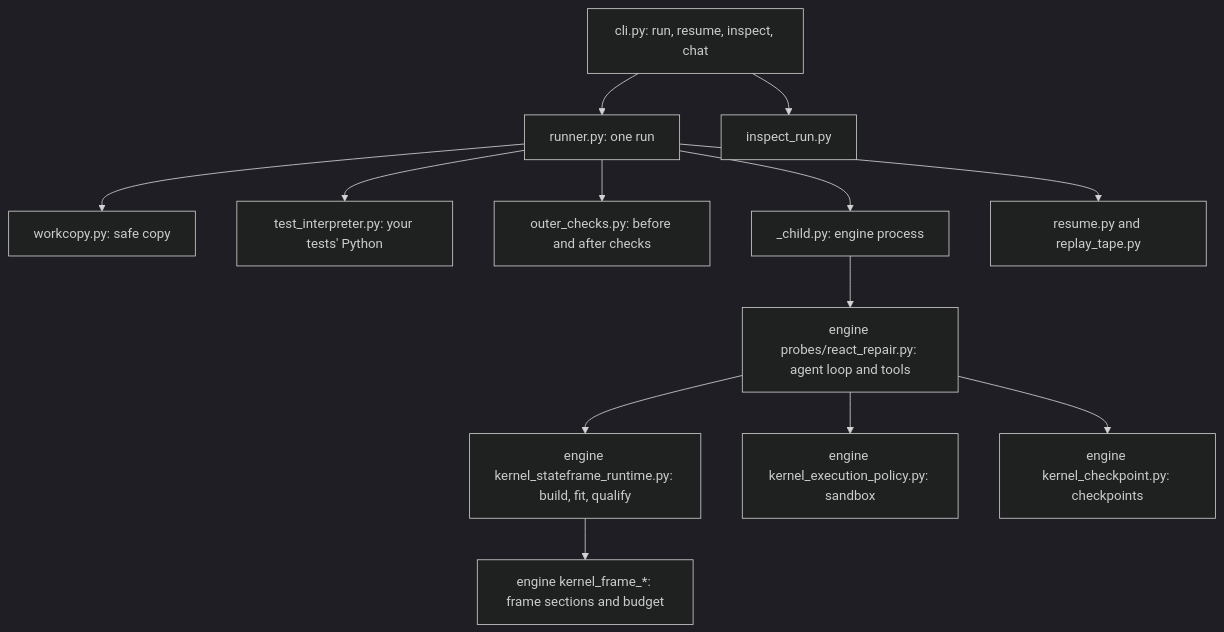
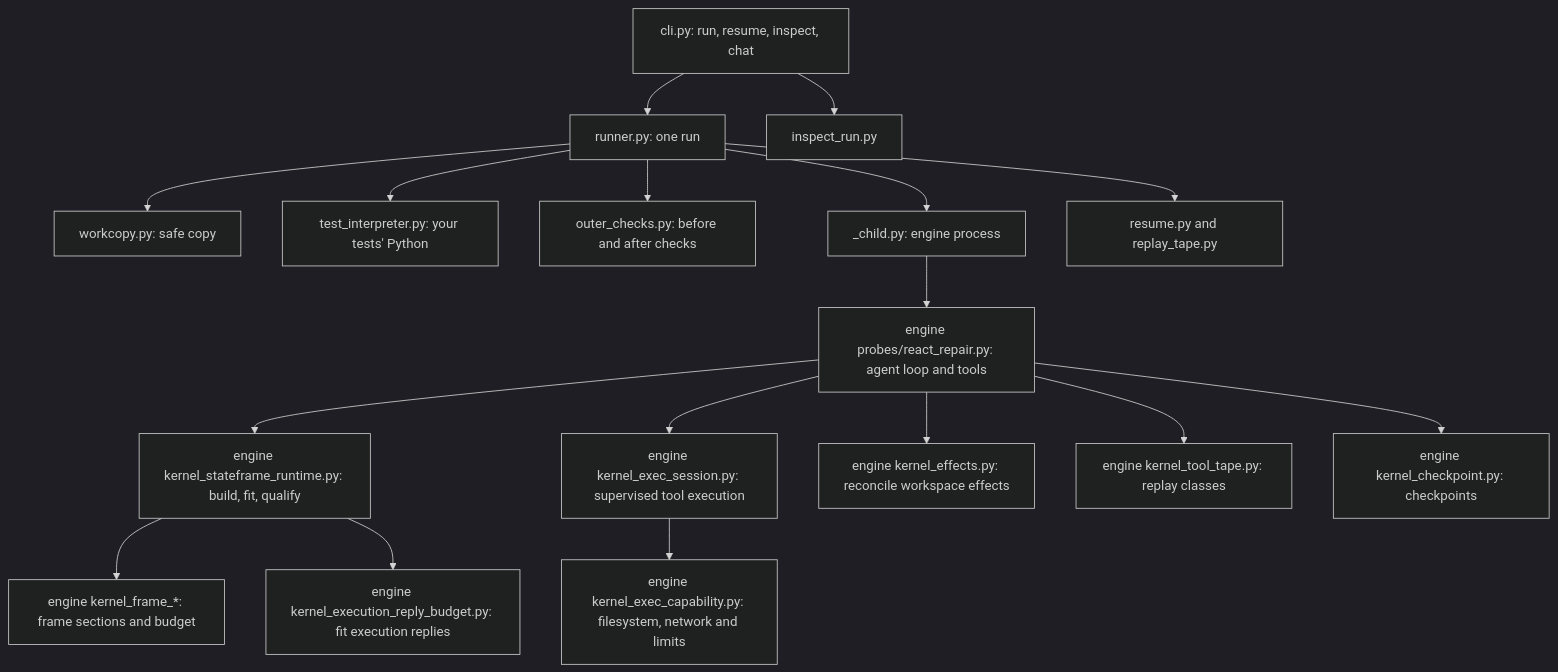
Before and after one commit to FarsideResearch/StateFrame: the sixth of 6 diagrams in ARCHITECTURE.md, drawn with Mermaid (dark theme). The commit also changed other lines of this file and 205 other files, not shown here.

````diff
--- a/ARCHITECTURE.md
+++ b/ARCHITECTURE.md
@@ -101,15 +103,19 @@
 ```mermaid
 flowchart TB
     CLI[cli.py: run, resume, inspect, chat] --> RUNNER[runner.py: one run]
     RUNNER --> WC[workcopy.py: safe copy]
     RUNNER --> TI[test_interpreter.py: your tests' Python]
     RUNNER --> OC[outer_checks.py: before and after checks]
     RUNNER --> CH[_child.py: engine process]
     CH --> LOOP[engine probes/react_repair.py: agent loop and tools]
     LOOP --> RT[engine kernel_stateframe_runtime.py: build, fit, qualify]
     RT --> FRM[engine kernel_frame_*: frame sections and budget]
-    LOOP --> EX[engine kernel_execution_policy.py: sandbox]
+    LOOP --> EX[engine kernel_exec_session.py: supervised tool execution]
+    EX --> CAP[engine kernel_exec_capability.py: filesystem, network and limits]
+    LOOP --> EFF[engine kernel_effects.py: reconcile workspace effects]
+    RT --> BUD[engine kernel_execution_reply_budget.py: fit execution replies]
+    LOOP --> TAPE[engine kernel_tool_tape.py: replay classes]
     LOOP --> CKP[engine kernel_checkpoint.py: checkpoints]
     RUNNER --> RES[resume.py and replay_tape.py]
     CLI --> INS[inspect_run.py]
 ```
````
